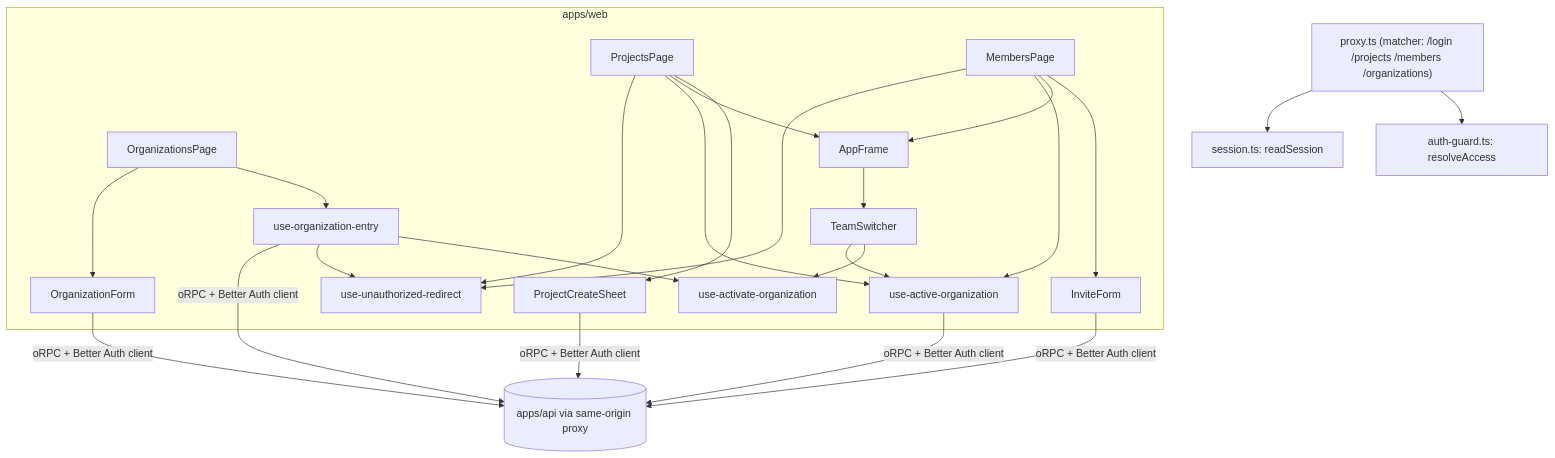
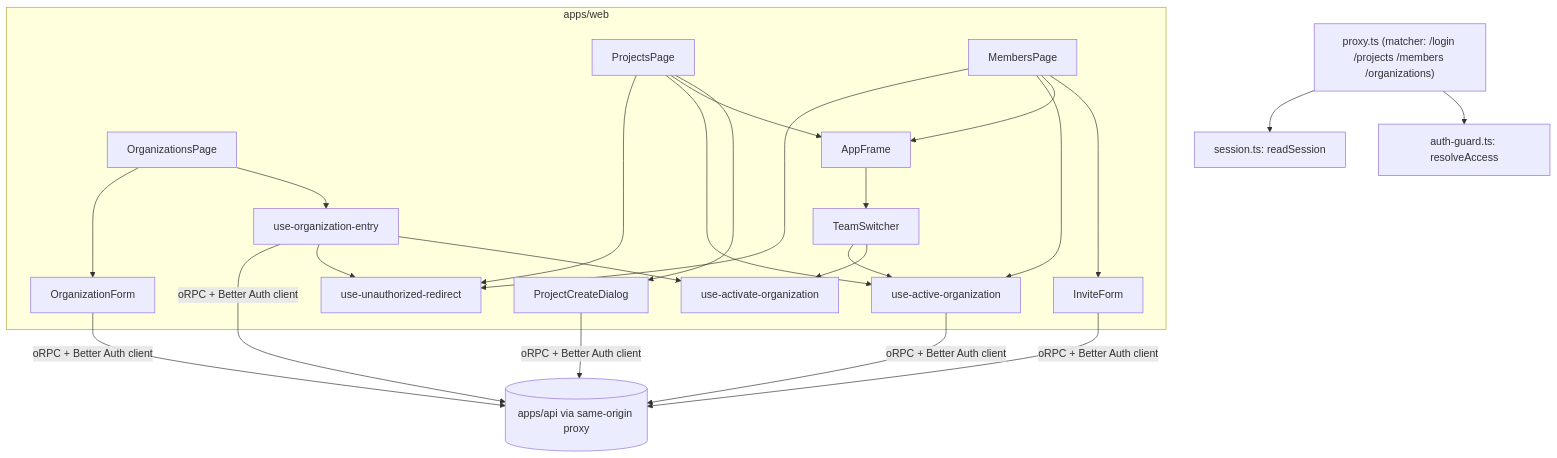
Diagram 23 of 55 in docs/architecture.md (koklo-dev/koklo), drawn with Mermaid before and after one commit. The commit also changed other lines of this file and 267 other files, not shown here.

````diff
--- a/docs/architecture.md
+++ b/docs/architecture.md
@@ -718,17 +718,17 @@
 ```mermaid
 flowchart TB
   proxy["proxy.ts (matcher: /login /projects /members /organizations)"] --> guard["auth-guard.ts: resolveAccess"]
   proxy --> sess["session.ts: readSession"]
   subgraph apps/web
     orgPage[OrganizationsPage] --> entry[use-organization-entry]
     orgPage --> orgForm[OrganizationForm]
     entry --> act[use-activate-organization]
-    projPage[ProjectsPage] --> sheet[ProjectCreateSheet]
+    projPage[ProjectsPage] --> sheet[ProjectCreateDialog]
     memPage[MembersPage] --> inv[InviteForm]
     projPage & memPage --> frame[AppFrame] --> ts[TeamSwitcher]
     ts --> act
     projPage & memPage & ts --> actOrg[use-active-organization]
     projPage & memPage & entry --> unauth[use-unauthorized-redirect]
   end
   orgForm & sheet & inv & entry & actOrg -->|oRPC + Better Auth client| api[(apps/api via same-origin proxy)]
 ```
````
